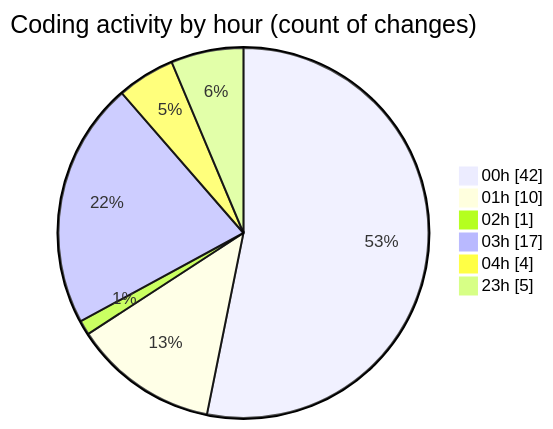
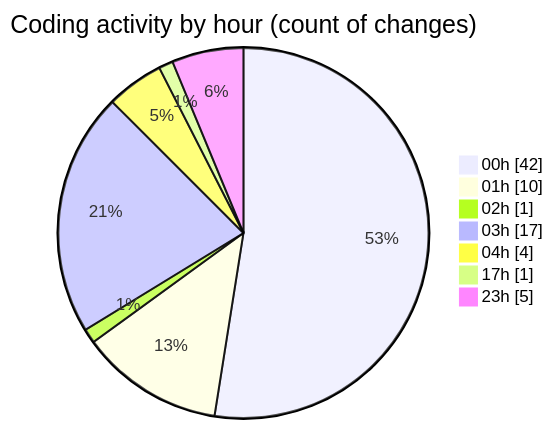
The second of 2 diagrams in 2025-11-27/eventscop-frontend-guide__workspace_/README.md (julien-gomy/code-tracking), drawn with Mermaid before and after one commit. The commit also changed other lines of this file and 1 other file, not shown here.

````diff
--- a/2025-11-27/eventscop-frontend-guide__workspace_/README.md
+++ b/2025-11-27/eventscop-frontend-guide__workspace_/README.md
@@ -49,10 +50,11 @@
 ```mermaid
 pie showData
 title Coding activity by hour (count of changes)
 "00h" : 42
 "01h" : 10
 "02h" : 1
 "03h" : 17
 "04h" : 4
+"17h" : 1
 "23h" : 5
 ```
````
